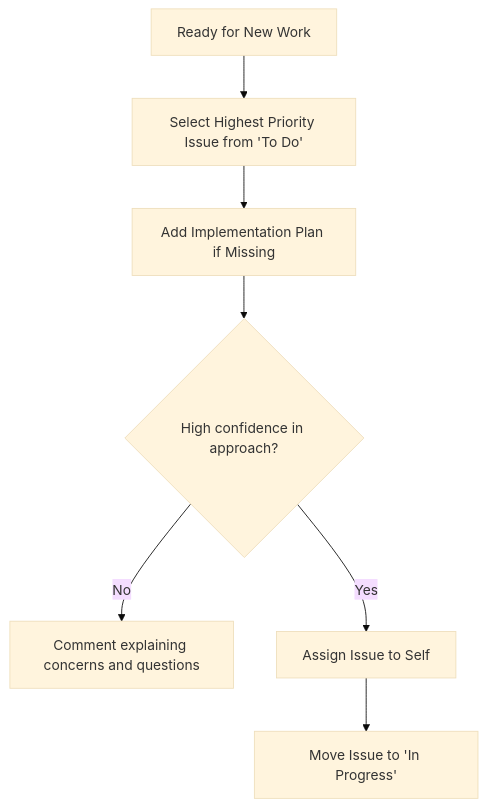
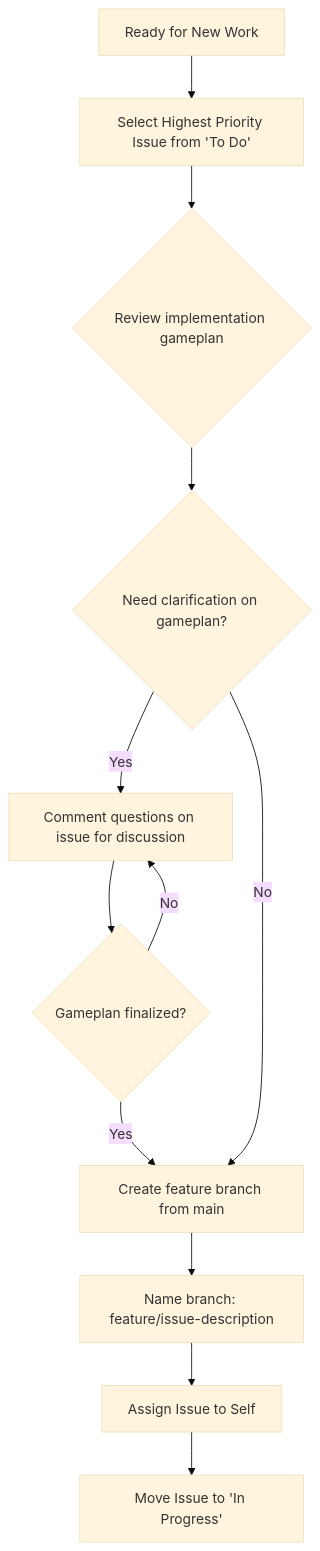
The fourth of 8 diagrams in WORKFLOW.md (willgriffin/company-as-code), drawn with Mermaid (base theme) before and after one commit. The commit also changed other lines of this file and 1 other file, not shown here.

First line of the commit message:
feat: add gameplan requirement to issue workflow

````diff
--- a/WORKFLOW.md
+++ b/WORKFLOW.md
@@ -253,9 +256,14 @@
 ```mermaid
 graph TD
     A[Ready for New Work] --> B[Select Highest Priority Issue from 'To Do'];
-    B --> C[Add Implementation Plan if Missing];
-    C --> D{High confidence in approach?};
-    D -- No --> E[Comment explaining concerns and questions];
-    D -- Yes --> F[Assign Issue to Self];
-    F --> G[Move Issue to 'In Progress'];
+    B --> C{Review implementation gameplan};
+    C --> D{Need clarification on gameplan?};
+    D -- Yes --> E[Comment questions on issue for discussion];
+    E --> F{Gameplan finalized?};
+    F -- No --> E;
+    F -- Yes --> G[Create feature branch from main];
+    D -- No --> G;
+    G --> H[Name branch: feature/issue-description];
+    H --> I[Assign Issue to Self];
+    I --> J[Move Issue to 'In Progress'];
 ```
````
